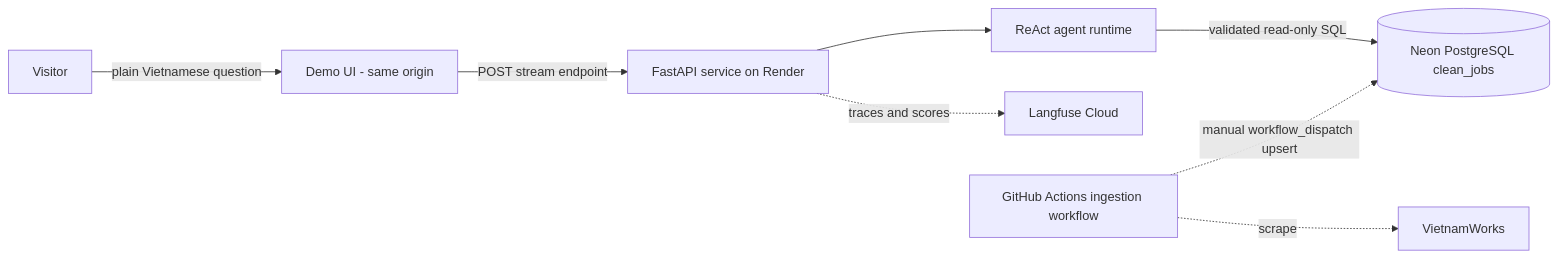
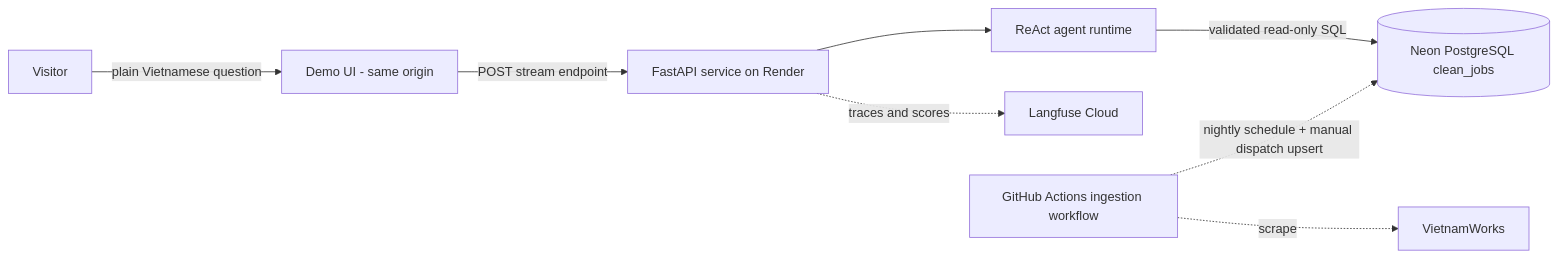
Before and after one commit to Park-Hip/InternHunterAgent: the first of 2 diagrams in docs/architecture.md, drawn with Mermaid. The commit also changed other lines of this file and 8 other files, not shown here.

Commit message:
docs(ingestion): restore nightly ingestion (ADR-0057) and retire the frozen-data notices (#629)

````diff
--- a/docs/architecture.md
+++ b/docs/architecture.md
@@ -17,10 +17,10 @@
 ```mermaid
 graph LR
     U[Visitor] -->|plain Vietnamese question| UI[Demo UI - same origin]
     UI -->|POST stream endpoint| API[FastAPI service on Render]
     API --> AG[ReAct agent runtime]
     AG -->|validated read-only SQL| DB[(Neon PostgreSQL clean_jobs)]
     API -.->|traces and scores| LF[Langfuse Cloud]
-    ING[GitHub Actions ingestion workflow] -.->|manual workflow_dispatch upsert| DB
+    ING[GitHub Actions ingestion workflow] -.->|nightly schedule + manual dispatch upsert| DB
     ING -.->|scrape| SRC[VietnamWorks]
 ```
````
